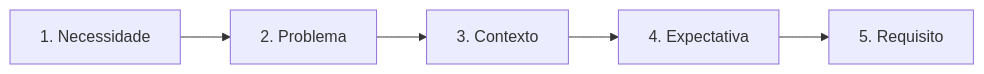
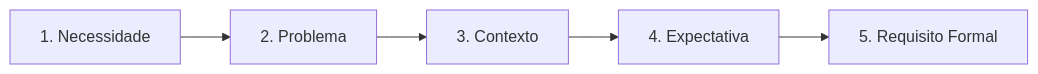
One commit to murilolol/unifef changed the seventh of 32 diagrams in 4º Semestre/[Prof. Wesley Soares] Engenharia de Software II/Resumos-IA/Simulados-Comentados.md. Above: the diagram before and after it, drawn with Mermaid. The commit also changed other lines of this file and 18 other files, not shown here.

````diff
--- a/4º Semestre/[Prof. Wesley Soares] Engenharia de Software II/Resumos-IA/Simulados-Comentados.md
+++ b/4º Semestre/[Prof. Wesley Soares] Engenharia de Software II/Resumos-IA/Simulados-Comentados.md
@@ -405,7 +401,7 @@
 ```mermaid
 flowchart LR
-    N["1. Necessidade"] --> P["2. Problema"]
-    P --> C["3. Contexto"]
-    C --> E["4. Expectativa"]
-    E --> R["5. Requisito"]
+ Nec["1. Necessidade"] --> Prob["2. Problema"]
+ Prob --> Ctx["3. Contexto"]
+ Ctx --> Exp["4. Expectativa"]
+ Exp --> Req["5. Requisito Formal"]
 ```
````
